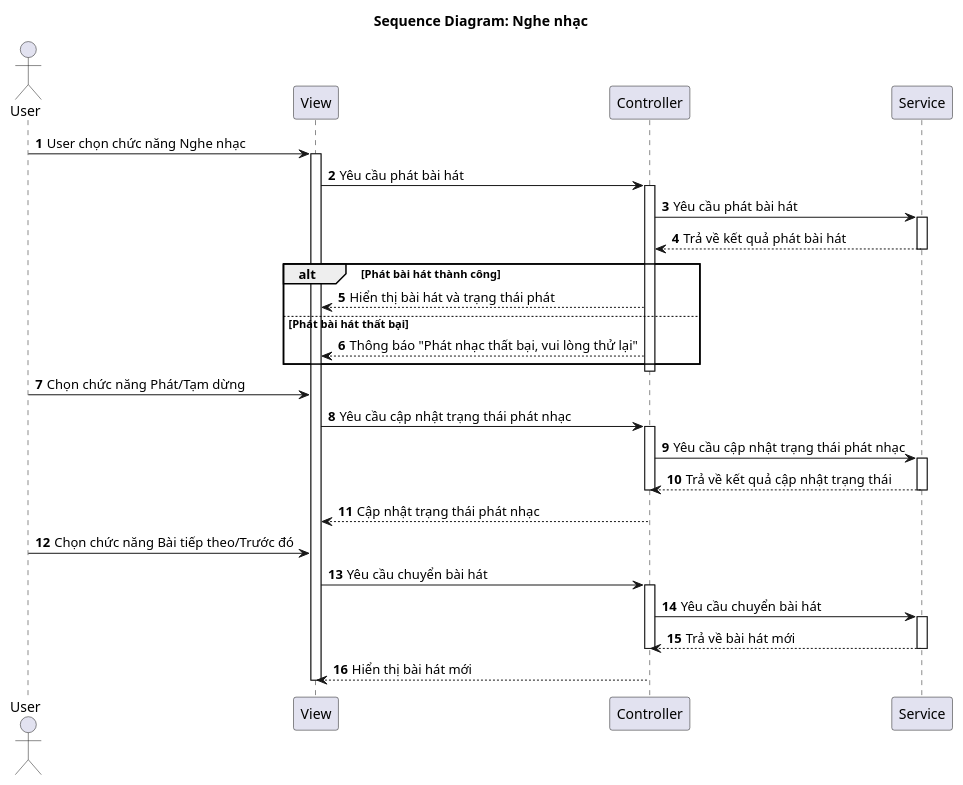
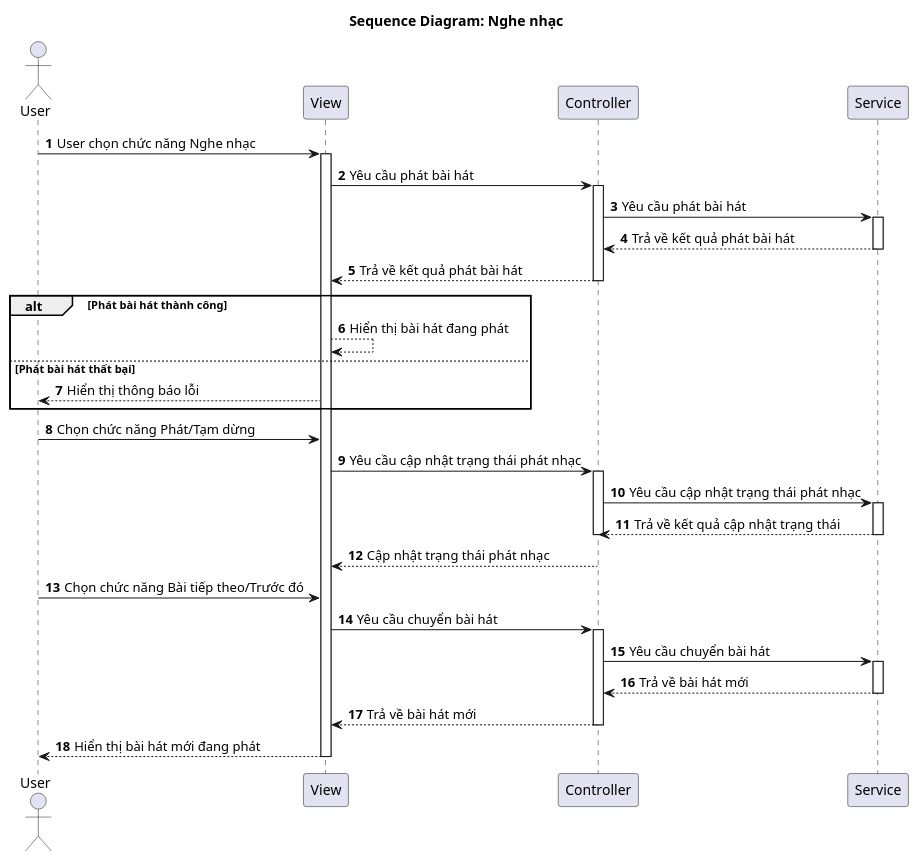
Before and after one commit to vinh047/soundwave: the diagram in Diagrams/SequenceDiagram/ListenMusicSD.plantuml, drawn with PlantUML. The commit also changed 24 other files, not shown here.

Commit message:
Đổi đường đi của Hiển thị trong SD

```diff
--- a/Diagrams/SequenceDiagram/ListenMusicSD.plantuml
+++ b/Diagrams/SequenceDiagram/ListenMusicSD.plantuml
@@ -1,47 +1,49 @@
 @startuml SD
 
 actor "User" as User
 participant "View" as View
 participant "Controller" as Controller
 participant "Service" as Service
 
 title Sequence Diagram: Nghe nhạc
 
 autonumber
 
 User -> View: User chọn chức năng Nghe nhạc
 activate View
 View -> Controller: Yêu cầu phát bài hát
 activate Controller
 Controller -> Service: Yêu cầu phát bài hát
 activate Service
 Service --> Controller: Trả về kết quả phát bài hát
 deactivate Service
+Controller --> View: Trả về kết quả phát bài hát
+deactivate Controller
 alt Phát bài hát thành công
-    Controller --> View: Hiển thị bài hát và trạng thái phát
+    View --> View: Hiển thị bài hát đang phát
 else Phát bài hát thất bại
-    Controller --> View: Thông báo "Phát nhạc thất bại, vui lòng thử lại"
+    View --> User: Hiển thị thông báo lỗi
 end
-deactivate Controller
 
 User -> View: Chọn chức năng Phát/Tạm dừng
 View -> Controller: Yêu cầu cập nhật trạng thái phát nhạc
 activate Controller
 Controller -> Service: Yêu cầu cập nhật trạng thái phát nhạc
 activate Service
 Service --> Controller: Trả về kết quả cập nhật trạng thái
 deactivate Service
 deactivate Controller
 Controller --> View: Cập nhật trạng thái phát nhạc
 
 User -> View: Chọn chức năng Bài tiếp theo/Trước đó
 View -> Controller: Yêu cầu chuyển bài hát
 activate Controller
 Controller -> Service: Yêu cầu chuyển bài hát
 activate Service
 Service --> Controller: Trả về bài hát mới
 deactivate Service
+Controller --> View: Trả về bài hát mới
 deactivate Controller
-Controller --> View: Hiển thị bài hát mới
+View --> User: Hiển thị bài hát mới đang phát
 deactivate View
 @enduml
```
